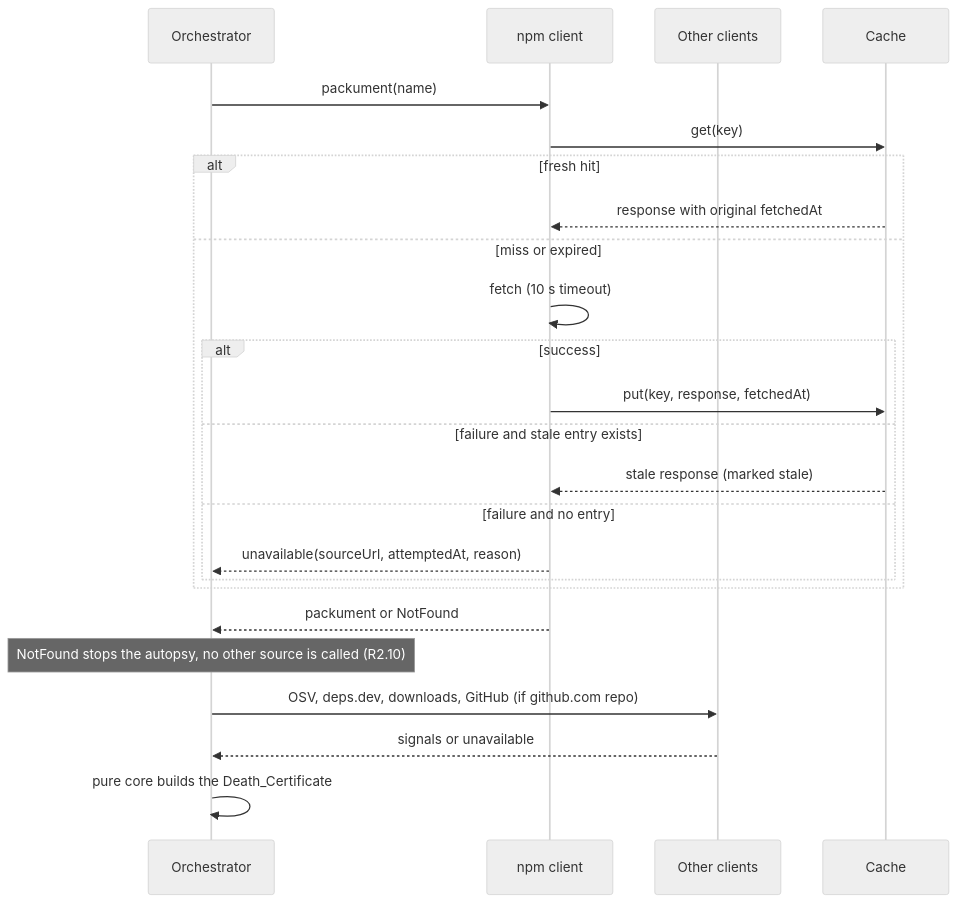
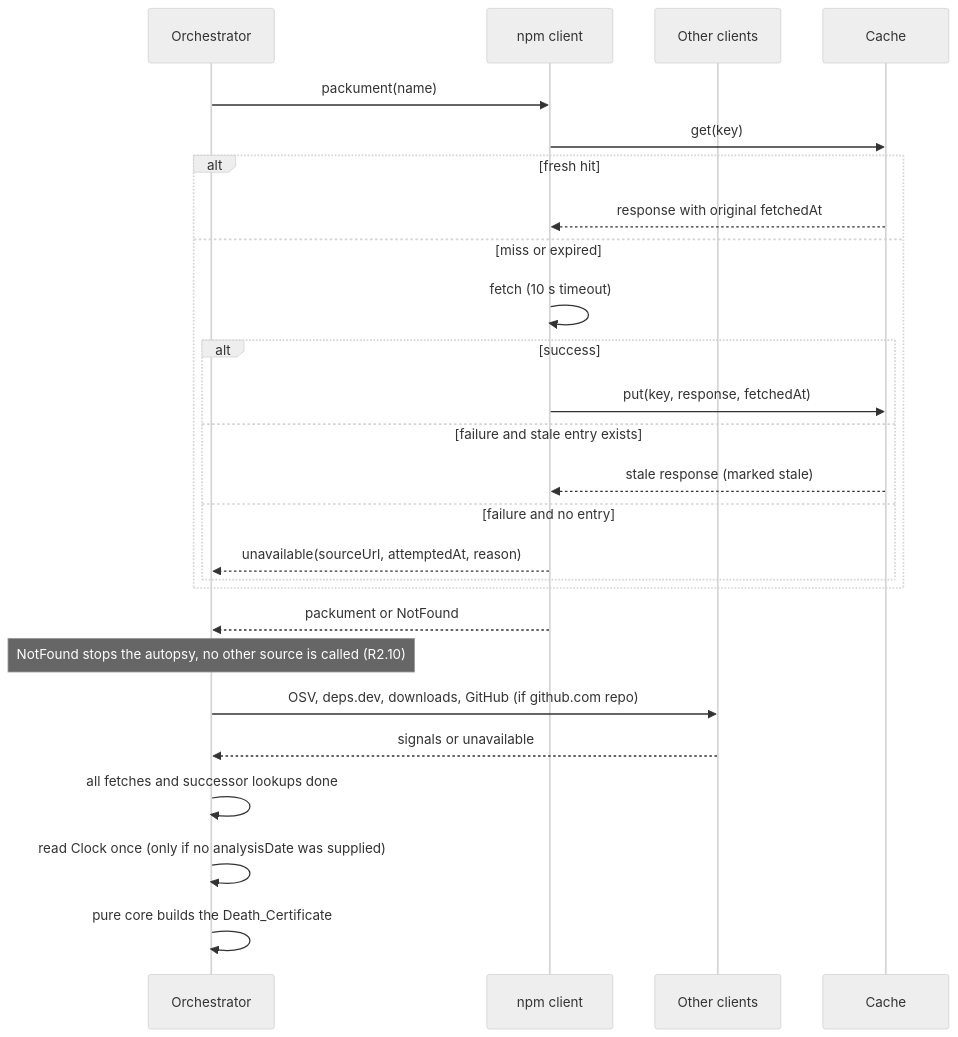
Before and after one commit to subair99/graveyard-shift: the second of 2 diagrams in .kiro/specs/autopsy-engine/design.md, drawn with Mermaid (neutral theme). The commit also changed other lines of this file and 1 other file, not shown here.

````diff
--- a/.kiro/specs/autopsy-engine/design.md
+++ b/.kiro/specs/autopsy-engine/design.md
@@ -65,26 +68,28 @@
 ```mermaid
 sequenceDiagram
     participant O as Orchestrator
     participant N as npm client
     participant S as Other clients
     participant C as Cache
     O->>N: packument(name)
     N->>C: get(key)
     alt fresh hit
         C-->>N: response with original fetchedAt
     else miss or expired
         N->>N: fetch (10 s timeout)
         alt success
             N->>C: put(key, response, fetchedAt)
         else failure and stale entry exists
             C-->>N: stale response (marked stale)
         else failure and no entry
             N-->>O: unavailable(sourceUrl, attemptedAt, reason)
         end
     end
     N-->>O: packument or NotFound
     Note over O: NotFound stops the autopsy, no other source is called (R2.10)
     O->>S: OSV, deps.dev, downloads, GitHub (if github.com repo)
     S-->>O: signals or unavailable
+    O->>O: all fetches and successor lookups done
+    O->>O: read Clock once (only if no analysisDate was supplied)
     O->>O: pure core builds the Death_Certificate
 ```
````
